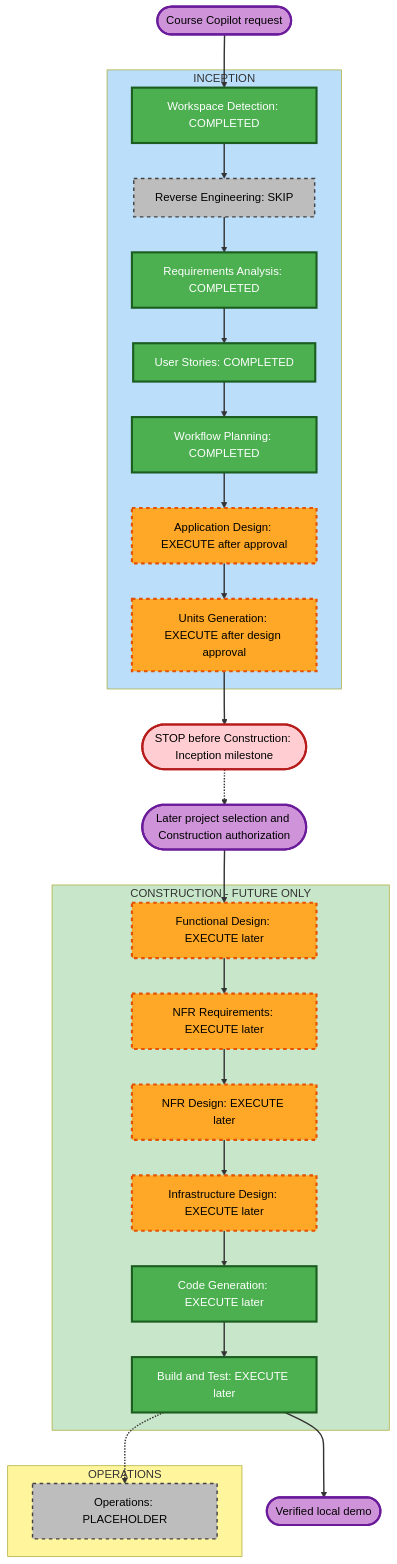
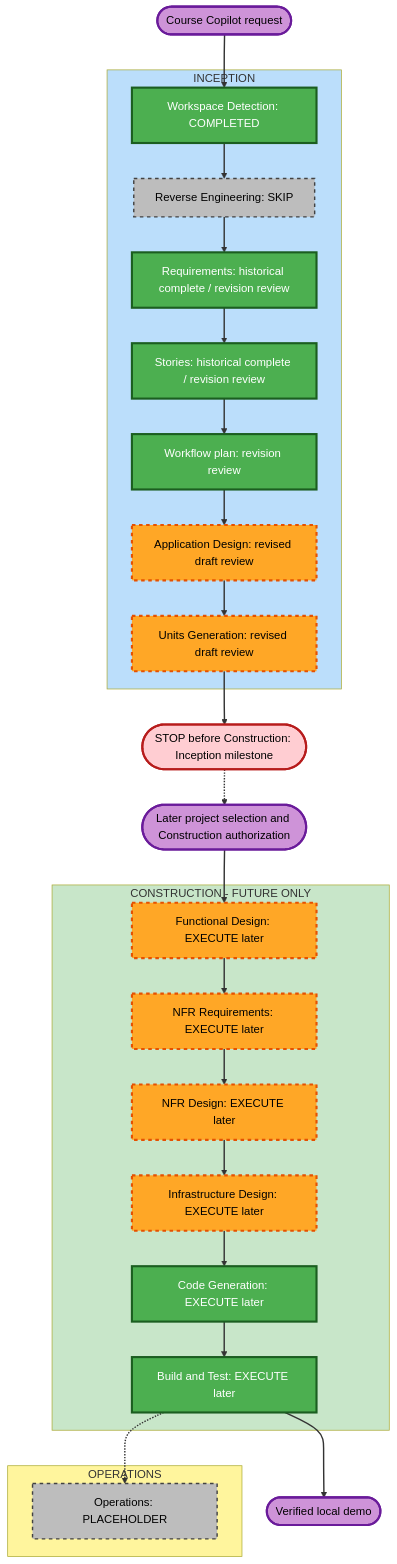
The diagram in aidlc-docs/inception/plans/execution-plan.md (lawrencegranda/INFO-5940-project), drawn with Mermaid before and after one commit. The commit also changed other lines of this file and 5 other files, not shown here.

````diff
--- a/aidlc-docs/inception/plans/execution-plan.md
+++ b/aidlc-docs/inception/plans/execution-plan.md
@@ -71,53 +73,53 @@
 ```mermaid
 flowchart TD
     Start(["Course Copilot request"])
     subgraph INCEPTION["INCEPTION"]
         WD["Workspace Detection: COMPLETED"]
         RE["Reverse Engineering: SKIP"]
-        RA["Requirements Analysis: COMPLETED"]
-        US["User Stories: COMPLETED"]
-        WP["Workflow Planning: COMPLETED"]
-        AD["Application Design: EXECUTE after approval"]
-        UG["Units Generation: EXECUTE after design approval"]
+        RA["Requirements: historical complete / revision review"]
+        US["Stories: historical complete / revision review"]
+        WP["Workflow plan: revision review"]
+        AD["Application Design: revised draft review"]
+        UG["Units Generation: revised draft review"]
     end
     Stop(["STOP before Construction: Inception milestone"])
     Resume(["Later project selection and Construction authorization"])
     subgraph CONSTRUCTION["CONSTRUCTION - FUTURE ONLY"]
         FD["Functional Design: EXECUTE later"]
         NR["NFR Requirements: EXECUTE later"]
         ND["NFR Design: EXECUTE later"]
         ID["Infrastructure Design: EXECUTE later"]
         CG["Code Generation: EXECUTE later"]
         BT["Build and Test: EXECUTE later"]
     end
     subgraph OPERATIONS["OPERATIONS"]
         OPS["Operations: PLACEHOLDER"]
     end
     End(["Verified local demo"])
     Start --> WD --> RE --> RA --> US --> WP --> AD --> UG --> Stop
     Stop -.-> Resume
     Resume --> FD --> NR --> ND --> ID --> CG --> BT --> End
     BT -.-> OPS
     style Start fill:#CE93D8,stroke:#6A1B9A,stroke-width:3px,color:#000
     style End fill:#CE93D8,stroke:#6A1B9A,stroke-width:3px,color:#000
     style Resume fill:#CE93D8,stroke:#6A1B9A,stroke-width:3px,color:#000
     style Stop fill:#FFCDD2,stroke:#B71C1C,stroke-width:3px,color:#000
     style WD fill:#4CAF50,stroke:#1B5E20,stroke-width:3px,color:#fff
     style RA fill:#4CAF50,stroke:#1B5E20,stroke-width:3px,color:#fff
     style US fill:#4CAF50,stroke:#1B5E20,stroke-width:3px,color:#fff
     style WP fill:#4CAF50,stroke:#1B5E20,stroke-width:3px,color:#fff
     style RE fill:#BDBDBD,stroke:#424242,stroke-width:2px,stroke-dasharray:5 5,color:#000
     style OPS fill:#BDBDBD,stroke:#424242,stroke-width:2px,stroke-dasharray:5 5,color:#000
     style AD fill:#FFA726,stroke:#E65100,stroke-width:3px,stroke-dasharray:5 5,color:#000
     style UG fill:#FFA726,stroke:#E65100,stroke-width:3px,stroke-dasharray:5 5,color:#000
     style FD fill:#FFA726,stroke:#E65100,stroke-width:3px,stroke-dasharray:5 5,color:#000
     style NR fill:#FFA726,stroke:#E65100,stroke-width:3px,stroke-dasharray:5 5,color:#000
     style ND fill:#FFA726,stroke:#E65100,stroke-width:3px,stroke-dasharray:5 5,color:#000
     style ID fill:#FFA726,stroke:#E65100,stroke-width:3px,stroke-dasharray:5 5,color:#000
     style CG fill:#4CAF50,stroke:#1B5E20,stroke-width:3px,color:#fff
     style BT fill:#4CAF50,stroke:#1B5E20,stroke-width:3px,color:#fff
     style INCEPTION fill:#BBDEFB
     style CONSTRUCTION fill:#C8E6C9
     style OPERATIONS fill:#FFF59D
     linkStyle default stroke:#333,stroke-width:2px
 ```
````
